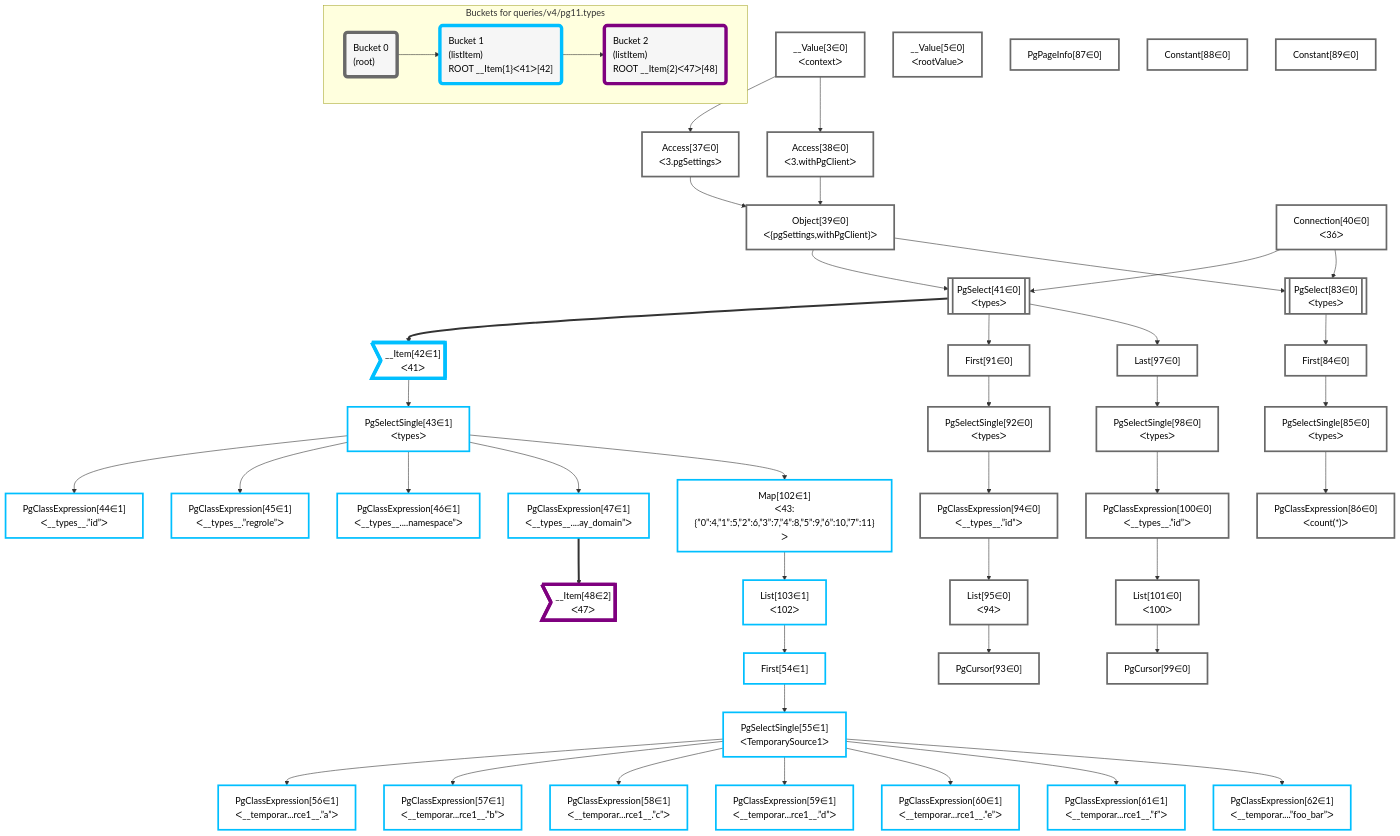
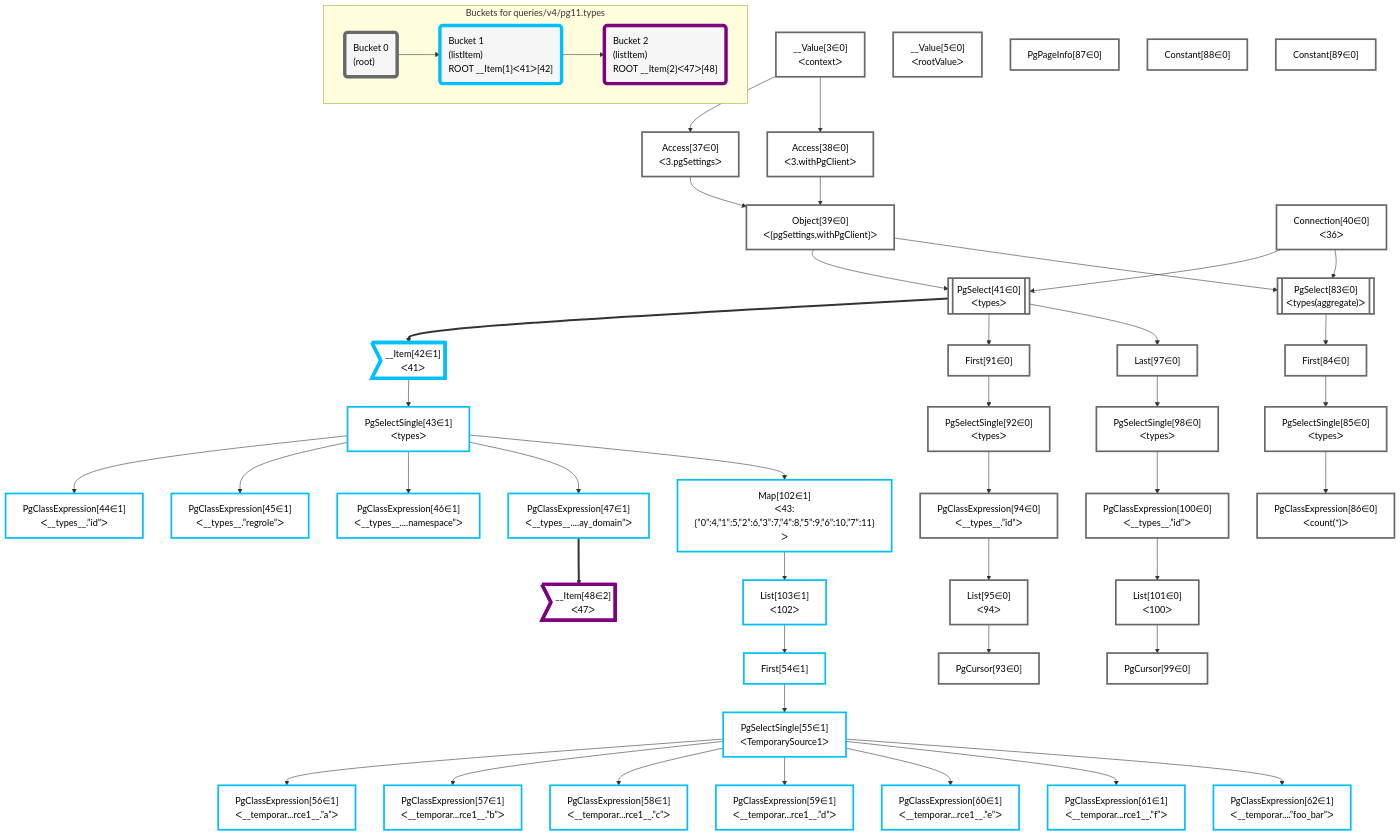
One commit to graphile/crystal changed the diagram in packages/postgraphile/__tests__/queries/v4/pg11.types.mermaid. Above: the diagram before and after it, drawn with Mermaid. The commit also changed 18 other files, not shown here.

Commit message:
Update mermaid snapshots

```diff
--- a/packages/postgraphile/__tests__/queries/v4/pg11.types.mermaid
+++ b/packages/postgraphile/__tests__/queries/v4/pg11.types.mermaid
@@ -1,105 +1,105 @@
 graph TD
     classDef path fill:#eee,stroke:#000,color:#000
     classDef plan fill:#fff,stroke-width:3px,color:#000
     classDef itemplan fill:#fff,stroke-width:6px,color:#000
     classDef sideeffectplan fill:#f00,stroke-width:6px,color:#000
     classDef bucket fill:#f6f6f6,color:#000,stroke-width:6px,text-align:left
 
 
     %% define steps
     __Value3["__Value[3∈0]<br />ᐸcontextᐳ"]:::plan
     __Value5["__Value[5∈0]<br />ᐸrootValueᐳ"]:::plan
     Access37["Access[37∈0]<br />ᐸ3.pgSettingsᐳ"]:::plan
     Access38["Access[38∈0]<br />ᐸ3.withPgClientᐳ"]:::plan
     Object39["Object[39∈0]<br />ᐸ{pgSettings,withPgClient}ᐳ"]:::plan
     Connection40["Connection[40∈0]<br />ᐸ36ᐳ"]:::plan
     PgSelect41[["PgSelect[41∈0]<br />ᐸtypesᐳ"]]:::plan
     __Item42>"__Item[42∈1]<br />ᐸ41ᐳ"]:::itemplan
     PgSelectSingle43["PgSelectSingle[43∈1]<br />ᐸtypesᐳ"]:::plan
     PgClassExpression44["PgClassExpression[44∈1]<br />ᐸ__types__.”id”ᐳ"]:::plan
     PgClassExpression45["PgClassExpression[45∈1]<br />ᐸ__types__.”regrole”ᐳ"]:::plan
     PgClassExpression46["PgClassExpression[46∈1]<br />ᐸ__types__....namespace”ᐳ"]:::plan
     PgClassExpression47["PgClassExpression[47∈1]<br />ᐸ__types__....ay_domain”ᐳ"]:::plan
     __Item48>"__Item[48∈2]<br />ᐸ47ᐳ"]:::itemplan
     Map102["Map[102∈1]<br />ᐸ43:{”0”:4,”1”:5,”2”:6,”3”:7,”4”:8,”5”:9,”6”:10,”7”:11}ᐳ"]:::plan
     List103["List[103∈1]<br />ᐸ102ᐳ"]:::plan
     First54["First[54∈1]"]:::plan
     PgSelectSingle55["PgSelectSingle[55∈1]<br />ᐸTemporarySource1ᐳ"]:::plan
     PgClassExpression56["PgClassExpression[56∈1]<br />ᐸ__temporar...rce1__.”a”ᐳ"]:::plan
     PgClassExpression57["PgClassExpression[57∈1]<br />ᐸ__temporar...rce1__.”b”ᐳ"]:::plan
     PgClassExpression58["PgClassExpression[58∈1]<br />ᐸ__temporar...rce1__.”c”ᐳ"]:::plan
     PgClassExpression59["PgClassExpression[59∈1]<br />ᐸ__temporar...rce1__.”d”ᐳ"]:::plan
     PgClassExpression60["PgClassExpression[60∈1]<br />ᐸ__temporar...rce1__.”e”ᐳ"]:::plan
     PgClassExpression61["PgClassExpression[61∈1]<br />ᐸ__temporar...rce1__.”f”ᐳ"]:::plan
     PgClassExpression62["PgClassExpression[62∈1]<br />ᐸ__temporar....”foo_bar”ᐳ"]:::plan
-    PgSelect83[["PgSelect[83∈0]<br />ᐸtypesᐳ"]]:::plan
+    PgSelect83[["PgSelect[83∈0]<br />ᐸtypes(aggregate)ᐳ"]]:::plan
     First84["First[84∈0]"]:::plan
     PgSelectSingle85["PgSelectSingle[85∈0]<br />ᐸtypesᐳ"]:::plan
     PgClassExpression86["PgClassExpression[86∈0]<br />ᐸcount(*)ᐳ"]:::plan
     PgPageInfo87["PgPageInfo[87∈0]"]:::plan
     Constant88["Constant[88∈0]"]:::plan
     Constant89["Constant[89∈0]"]:::plan
     First91["First[91∈0]"]:::plan
     PgSelectSingle92["PgSelectSingle[92∈0]<br />ᐸtypesᐳ"]:::plan
     PgClassExpression94["PgClassExpression[94∈0]<br />ᐸ__types__.”id”ᐳ"]:::plan
     List95["List[95∈0]<br />ᐸ94ᐳ"]:::plan
     PgCursor93["PgCursor[93∈0]"]:::plan
     Last97["Last[97∈0]"]:::plan
     PgSelectSingle98["PgSelectSingle[98∈0]<br />ᐸtypesᐳ"]:::plan
     PgClassExpression100["PgClassExpression[100∈0]<br />ᐸ__types__.”id”ᐳ"]:::plan
     List101["List[101∈0]<br />ᐸ100ᐳ"]:::plan
     PgCursor99["PgCursor[99∈0]"]:::plan
 
     %% plan dependencies
     __Value3 --> Access37
     __Value3 --> Access38
     Access37 & Access38 --> Object39
     Object39 & Connection40 --> PgSelect41
     PgSelect41 ==> __Item42
     __Item42 --> PgSelectSingle43
     PgSelectSingle43 --> PgClassExpression44
     PgSelectSingle43 --> PgClassExpression45
     PgSelectSingle43 --> PgClassExpression46
     PgSelectSingle43 --> PgClassExpression47
     PgClassExpression47 ==> __Item48
     PgSelectSingle43 --> Map102
     Map102 --> List103
     List103 --> First54
     First54 --> PgSelectSingle55
     PgSelectSingle55 --> PgClassExpression56
     PgSelectSingle55 --> PgClassExpression57
     PgSelectSingle55 --> PgClassExpression58
     PgSelectSingle55 --> PgClassExpression59
     PgSelectSingle55 --> PgClassExpression60
     PgSelectSingle55 --> PgClassExpression61
     PgSelectSingle55 --> PgClassExpression62
     Object39 & Connection40 --> PgSelect83
     PgSelect83 --> First84
     First84 --> PgSelectSingle85
     PgSelectSingle85 --> PgClassExpression86
     PgSelect41 --> First91
     First91 --> PgSelectSingle92
     PgSelectSingle92 --> PgClassExpression94
     PgClassExpression94 --> List95
     List95 --> PgCursor93
     PgSelect41 --> Last97
     Last97 --> PgSelectSingle98
     PgSelectSingle98 --> PgClassExpression100
     PgClassExpression100 --> List101
     List101 --> PgCursor99
 
     %% plan-to-path relationships
 
     subgraph "Buckets for queries/v4/pg11.types"
     Bucket0("Bucket 0<br />(root)"):::bucket
     classDef bucket0 stroke:#696969
     class Bucket0,__Value3,__Value5,Access37,Access38,Object39,Connection40,PgSelect41,PgSelect83,First84,PgSelectSingle85,PgClassExpression86,PgPageInfo87,Constant88,Constant89,First91,PgSelectSingle92,PgCursor93,PgClassExpression94,List95,Last97,PgSelectSingle98,PgCursor99,PgClassExpression100,List101 bucket0
     Bucket1("Bucket 1<br />(listItem)<br />ROOT __Item{1}ᐸ41ᐳ[42]"):::bucket
     classDef bucket1 stroke:#00bfff
     class Bucket1,__Item42,PgSelectSingle43,PgClassExpression44,PgClassExpression45,PgClassExpression46,PgClassExpression47,First54,PgSelectSingle55,PgClassExpression56,PgClassExpression57,PgClassExpression58,PgClassExpression59,PgClassExpression60,PgClassExpression61,PgClassExpression62,Map102,List103 bucket1
     Bucket2("Bucket 2<br />(listItem)<br />ROOT __Item{2}ᐸ47ᐳ[48]"):::bucket
     classDef bucket2 stroke:#7f007f
     class Bucket2,__Item48 bucket2
     Bucket0 --> Bucket1
     Bucket1 --> Bucket2
     end
```
